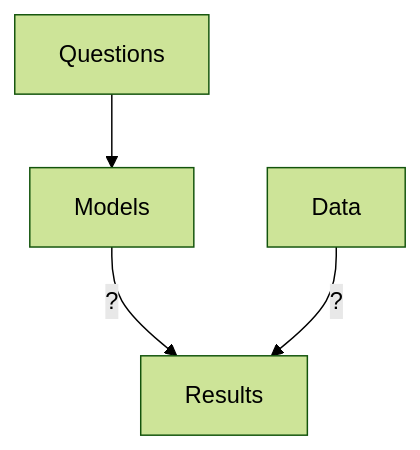
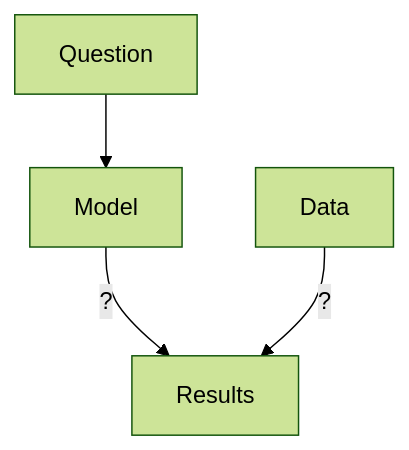
The ninth of 9 diagrams in sessions/stats-analyses-basic.qmd (rostools/r-cubed-advanced), drawn with Mermaid (forest theme) before and after one commit. The commit also changed other lines of this file and 1 other file, not shown here.

````diff
--- a/sessions/stats-analyses-basic.qmd
+++ b/sessions/stats-analyses-basic.qmd
@@ -341,5 +370,5 @@
 ```{mermaid}
 flowchart TB
-    qs[Questions] --> models[Models]
-    models & data[Data] -->|?| rs[Results]
+    q[Question] --> model[Model]
+    model & data[Data] -->|?| rs[Results]
 ```
````
